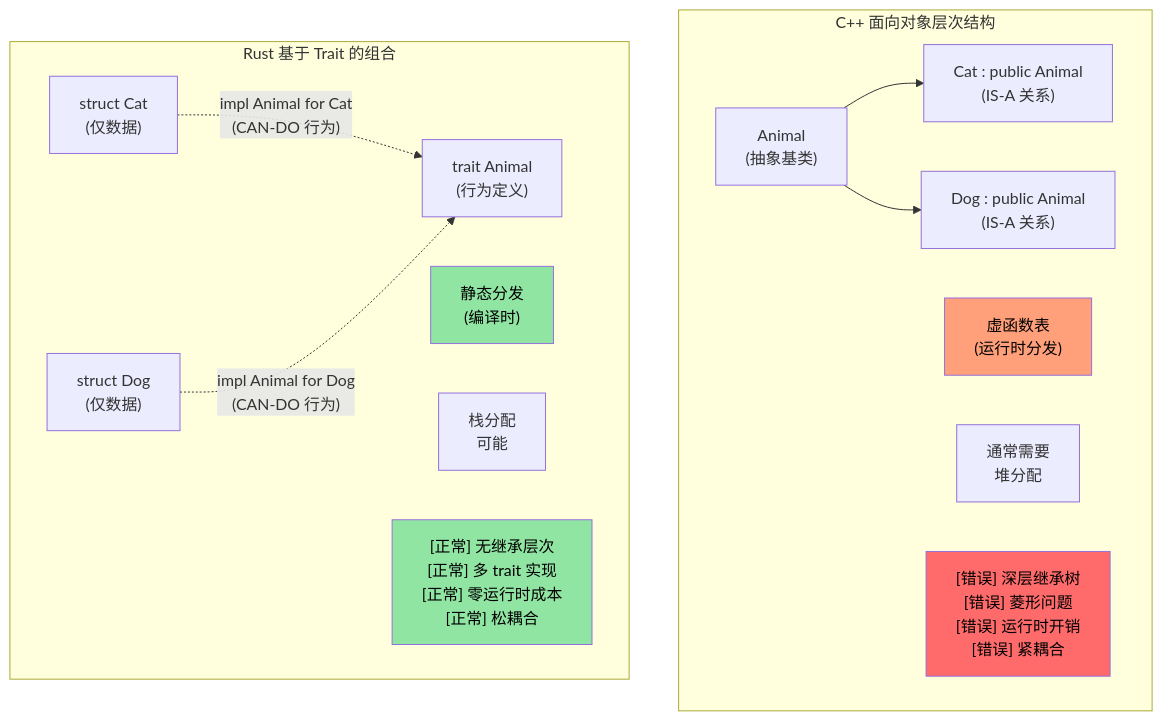
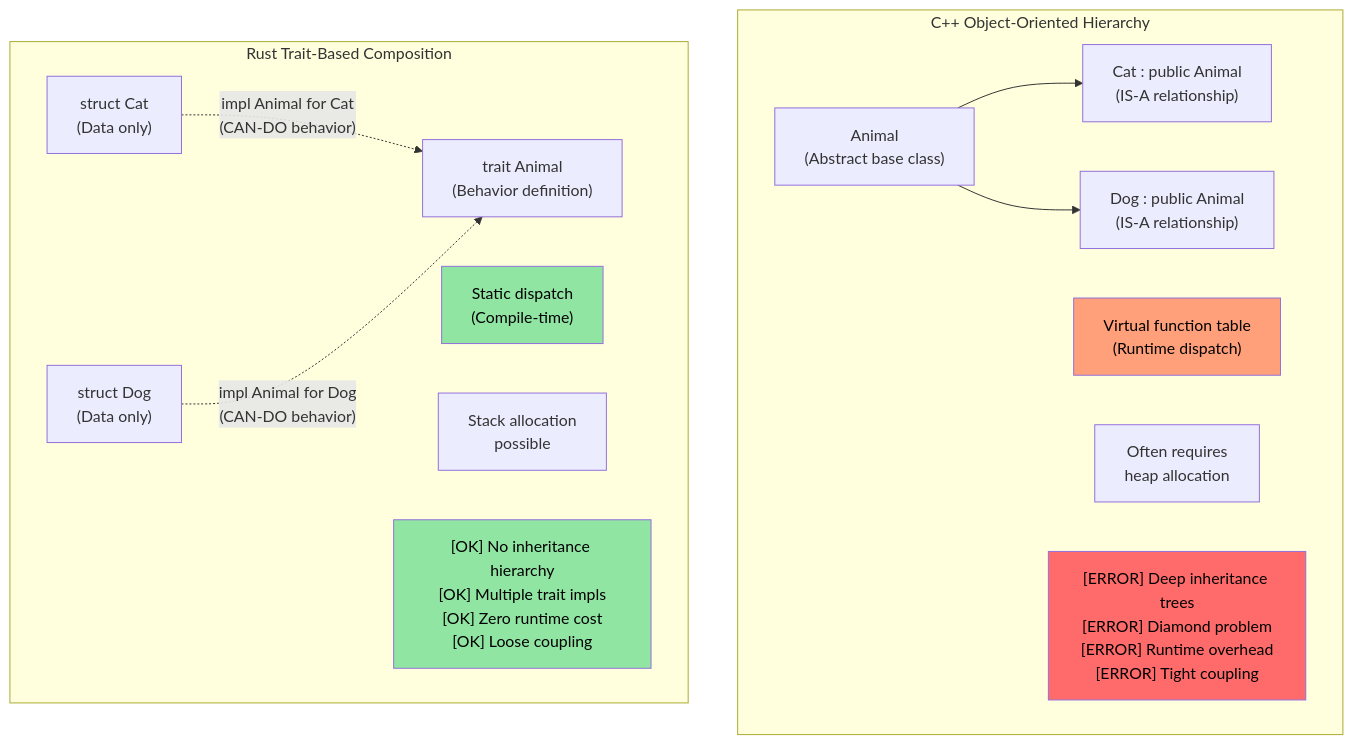
The first of 2 diagrams in src/ch10-traits.md (hex623/rust-training-zh), drawn with Mermaid before and after one commit. The commit also changed other lines of this file and 21 other files, not shown here.

````diff
--- a/src/ch10-traits.md
+++ b/src/ch10-traits.md
@@ -74,33 +74,33 @@
 ```mermaid
 graph TD
-    subgraph "C++ 面向对象层次结构"
-        CPP_ANIMAL["Animal<br/>(抽象基类)"]
-        CPP_CAT["Cat : public Animal<br/>(IS-A 关系)"]
-        CPP_DOG["Dog : public Animal<br/>(IS-A 关系)"]
+    subgraph "C++ Object-Oriented Hierarchy"
+        CPP_ANIMAL["Animal<br/>(Abstract base class)"]
+        CPP_CAT["Cat : public Animal<br/>(IS-A relationship)"]
+        CPP_DOG["Dog : public Animal<br/>(IS-A relationship)"]
         
         CPP_ANIMAL --> CPP_CAT
         CPP_ANIMAL --> CPP_DOG
         
-        CPP_VTABLE["虚函数表<br/>(运行时分发)"]
-        CPP_HEAP["通常需要<br/>堆分配"]
-        CPP_ISSUES["[错误] 深层继承树<br/>[错误] 菱形问题<br/>[错误] 运行时开销<br/>[错误] 紧耦合"]
+        CPP_VTABLE["Virtual function table<br/>(Runtime dispatch)"]
+        CPP_HEAP["Often requires<br/>heap allocation"]
+        CPP_ISSUES["[ERROR] Deep inheritance trees<br/>[ERROR] Diamond problem<br/>[ERROR] Runtime overhead<br/>[ERROR] Tight coupling"]
     end
     
-    subgraph "Rust 基于 Trait 的组合"
-        RUST_TRAIT["trait Animal<br/>(行为定义)"]
-        RUST_CAT["struct Cat<br/>(仅数据)"]
-        RUST_DOG["struct Dog<br/>(仅数据)"]
+    subgraph "Rust Trait-Based Composition"
+        RUST_TRAIT["trait Animal<br/>(Behavior definition)"]
+        RUST_CAT["struct Cat<br/>(Data only)"]
+        RUST_DOG["struct Dog<br/>(Data only)"]
         
-        RUST_CAT -.->|"impl Animal for Cat<br/>(CAN-DO 行为)"| RUST_TRAIT
-        RUST_DOG -.->|"impl Animal for Dog<br/>(CAN-DO 行为)"| RUST_TRAIT
+        RUST_CAT -.->|"impl Animal for Cat<br/>(CAN-DO behavior)"| RUST_TRAIT
+        RUST_DOG -.->|"impl Animal for Dog<br/>(CAN-DO behavior)"| RUST_TRAIT
         
-        RUST_STATIC["静态分发<br/>(编译时)"]
-        RUST_STACK["栈分配<br/>可能"]
-        RUST_BENEFITS["[正常] 无继承层次<br/>[正常] 多 trait 实现<br/>[正常] 零运行时成本<br/>[正常] 松耦合"]
+        RUST_STATIC["Static dispatch<br/>(Compile-time)"]
+        RUST_STACK["Stack allocation<br/>possible"]
+        RUST_BENEFITS["[OK] No inheritance hierarchy<br/>[OK] Multiple trait impls<br/>[OK] Zero runtime cost<br/>[OK] Loose coupling"]
     end
     
     style CPP_ISSUES fill:#ff6b6b,color:#000
     style RUST_BENEFITS fill:#91e5a3,color:#000
     style CPP_VTABLE fill:#ffa07a,color:#000
     style RUST_STATIC fill:#91e5a3,color:#000
 ```
````
